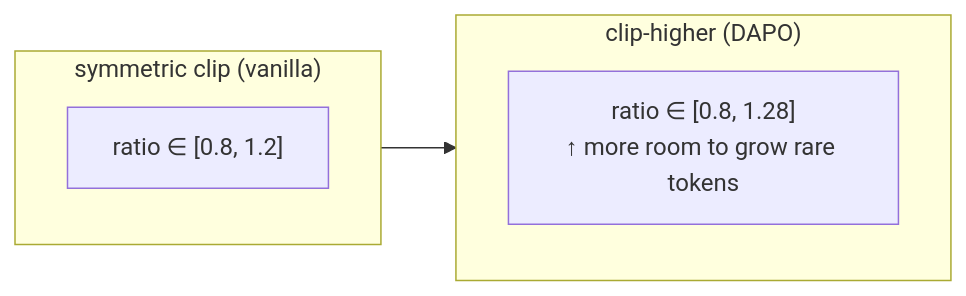
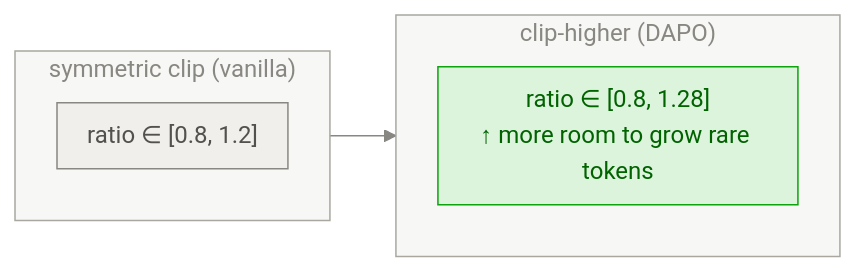
Before and after one commit to sudhanshu-shivam-dev/reasoning_model_from_scratch: the third of 5 diagrams in study_guide/ch07_improving_grpo.md, drawn with Mermaid. The commit also changed other lines of this file and 14 other files, not shown here.

First line of the commit message:
Restyle all 54 diagrams: consistent palette, semantic colors, better spacing

````diff
--- a/study_guide/ch07_improving_grpo.md
+++ b/study_guide/ch07_improving_grpo.md
@@ -90,10 +102,15 @@
 ```mermaid
+%%{init: {"theme":"base","themeVariables":{"primaryColor":"#e0edfb","primaryTextColor":"#0d366b","primaryBorderColor":"#2a78d6","lineColor":"#898781","textColor":"#52514e","edgeLabelBackground":"#f0efec","clusterBkg":"rgba(137,135,129,0.07)","clusterBorder":"#a9a7a0","titleColor":"#898781"},"flowchart":{"nodeSpacing":36,"rankSpacing":44,"curve":"basis","padding":10}}}%%
 flowchart LR
     subgraph OLD["symmetric clip (vanilla)"]
         O["ratio ∈ [0.8, 1.2]"]
     end
     subgraph NEW["clip-higher (DAPO)"]
         N["ratio ∈ [0.8, 1.28]<br/>↑ more room to grow rare tokens"]
     end
     OLD --> NEW
+    classDef dim fill:#f0efec,stroke:#898781,color:#52514e
+    classDef good fill:#dcf3dc,stroke:#0ca30c,color:#006300
+    class O dim
+    class N good
 ```
````
